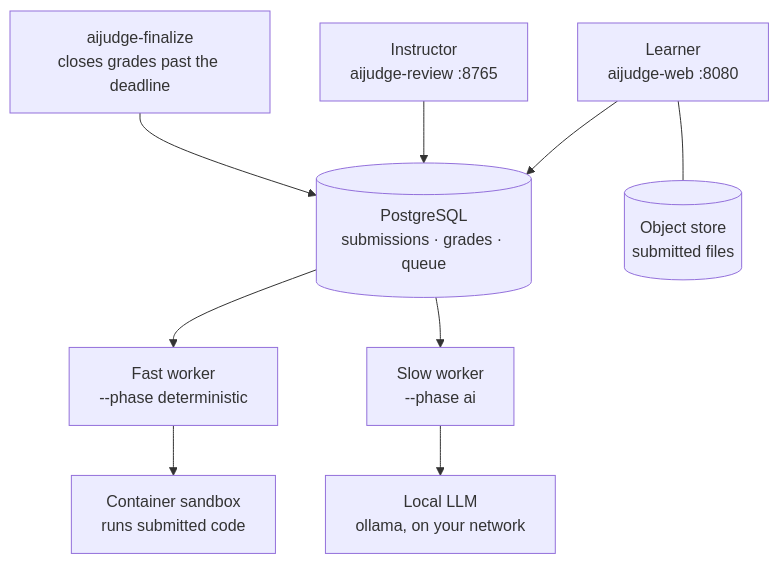
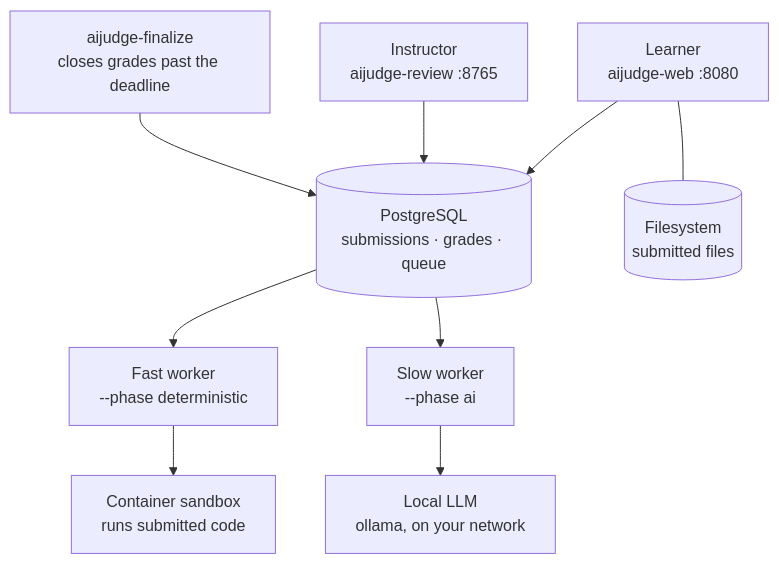
One commit to sanoakr/aijudge changed the first of 4 diagrams in README.md. Above: the diagram before and after it, drawn with Mermaid. The commit also changed other lines of this file and 1 other file, not shown here.

````diff
--- a/README.md
+++ b/README.md
@@ -60,26 +67,26 @@
 ```mermaid
 flowchart TB
     L["Learner<br/>aijudge-web :8080"]
     I["Instructor<br/>aijudge-review :8765"]
     F["aijudge-finalize<br/>closes grades past the deadline"]
 
     DB[("PostgreSQL<br/>submissions · grades · queue")]
-    S[("Object store<br/>submitted files")]
+    S[("Filesystem<br/>submitted files")]
 
     DW["Fast worker<br/>--phase deterministic"]
     AW["Slow worker<br/>--phase ai"]
 
     SB["Container sandbox<br/>runs submitted code"]
     LLM["Local LLM<br/>ollama, on your network"]
 
     L --- S
     L --> DB
     I --> DB
     F --> DB
 
     DB --> DW
     DB --> AW
 
     DW --> SB
     AW --> LLM
 ```
````
